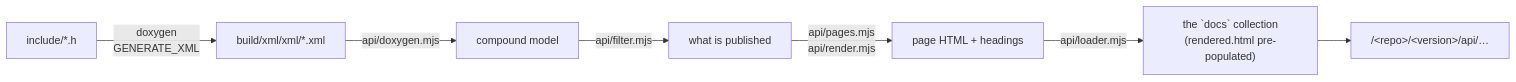
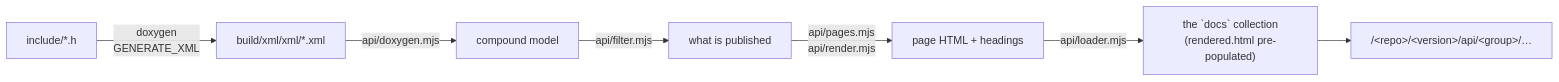
One commit to liara-engine/docs-shared changed the second of 2 diagrams in docs/documentation-pipeline.mdx. Above: the diagram before and after it, drawn with Mermaid. The commit also changed other lines of this file and 4 other files, not shown here.

````diff
--- a/docs/documentation-pipeline.mdx
+++ b/docs/documentation-pipeline.mdx
@@ -197,9 +203,9 @@
 ```mermaid
 flowchart LR
     H["include/*.h"] -->|"doxygen<br/>GENERATE_XML"| X["build/xml/xml/*.xml"]
     X -->|"api/doxygen.mjs"| M["compound model"]
     M -->|"api/filter.mjs"| F["what is published"]
     F -->|"api/pages.mjs<br/>api/render.mjs"| P["page HTML + headings"]
     P -->|"api/loader.mjs"| S["the `docs` collection<br/>(rendered.html pre-populated)"]
-    S --> R["/&lt;repo&gt;/&lt;version&gt;/api/…"]
+    S --> R["/&lt;repo&gt;/&lt;version&gt;/api/&lt;group&gt;/…"]
 ```
````
